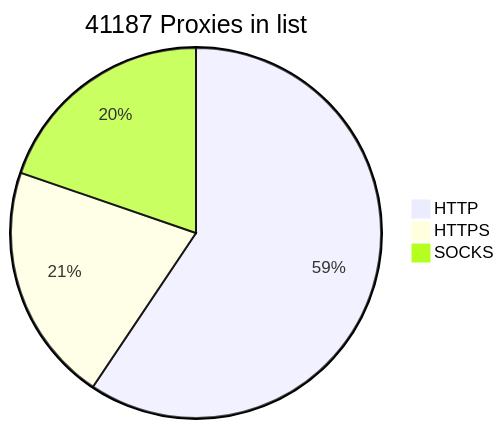
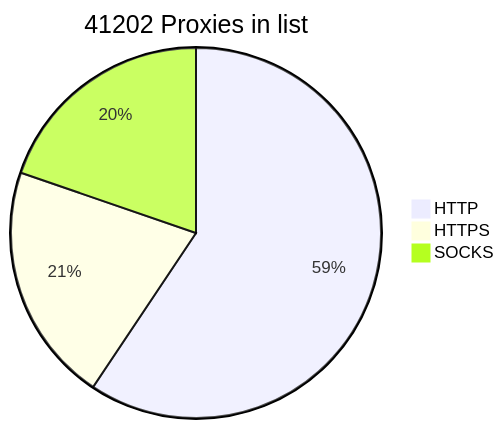
Before and after one commit to BlackSnowDot/proxylist-update-every-minute: the diagram in README.md, drawn with Mermaid.

````diff
--- a/README.md
+++ b/README.md
@@ -2,6 +2,6 @@
 ```mermaid
-pie title 41187 Proxies in list
-    "HTTP" : 28441
-    "HTTPS": 9996
+pie title 41202 Proxies in list
+    "HTTP" : 28443
+    "HTTPS": 10012
     "SOCKS" : 9449
 ```
````
